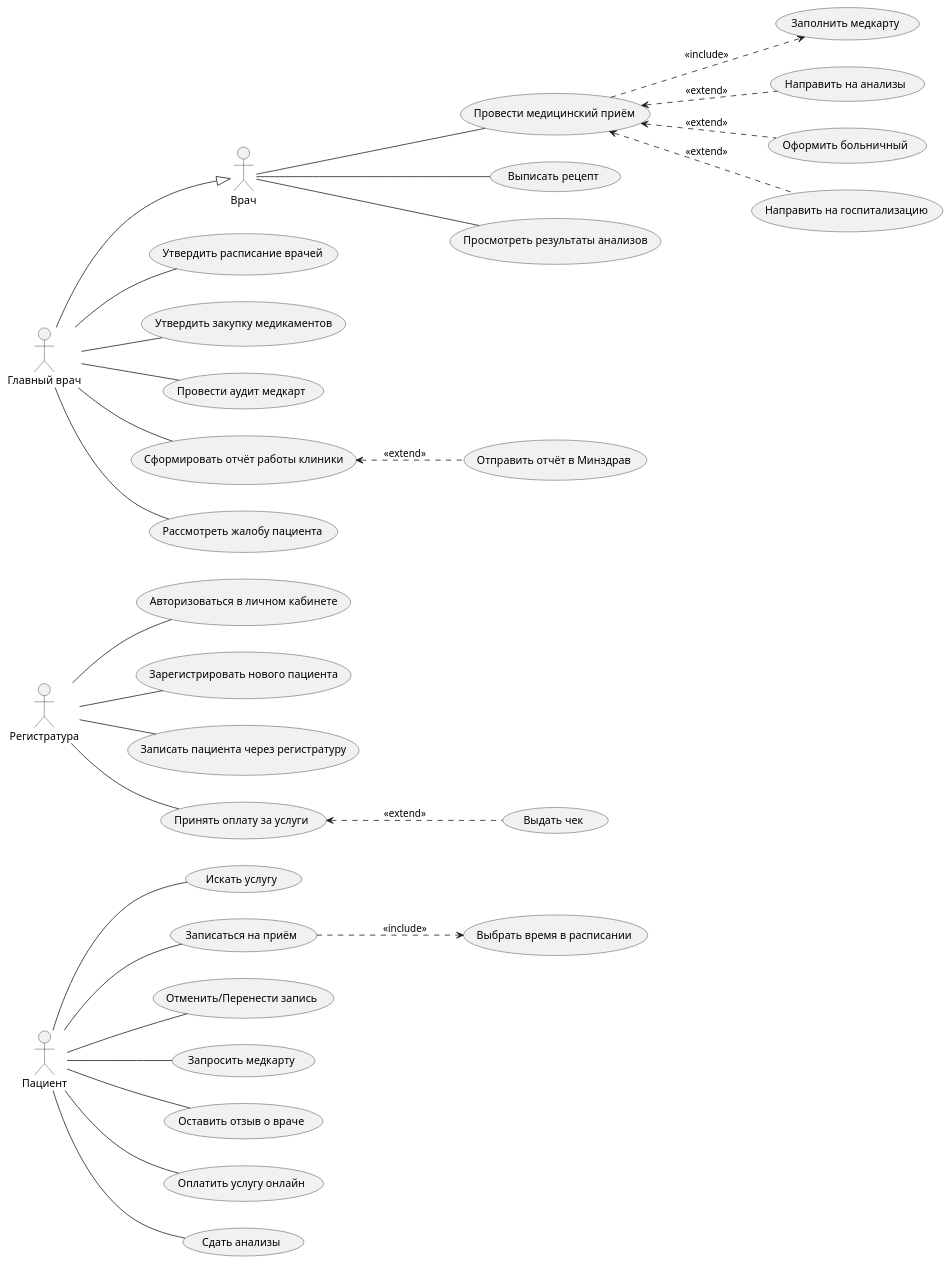
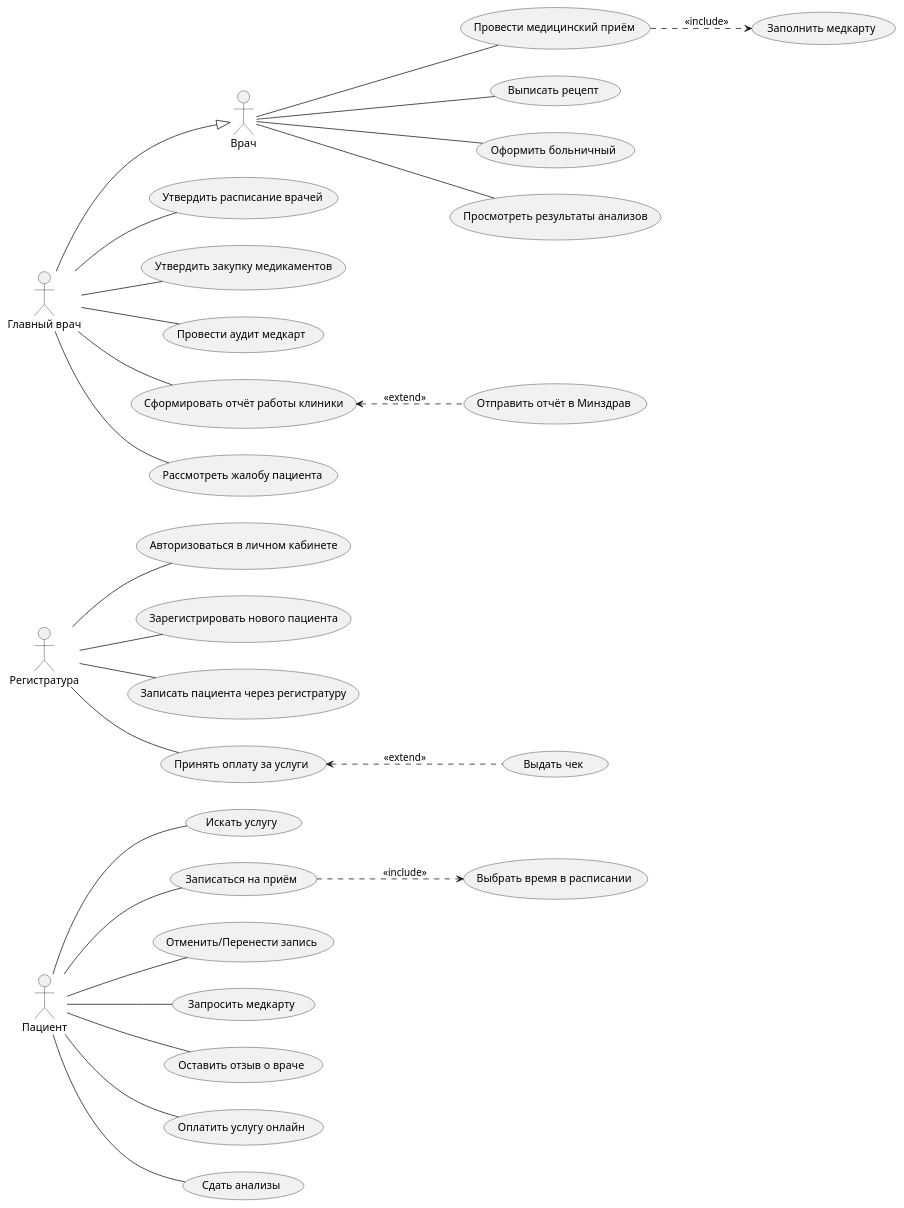
One commit to dan4a06/university_tasks changed the diagram in Информационные системы и технологии/hospital.puml. Above: the diagram before and after it, drawn with PlantUML. The commit also changed 5 other files, not shown here.

```diff
--- a/Информационные системы и технологии/hospital.puml
+++ b/Информационные системы и технологии/hospital.puml
@@ -1,88 +1,84 @@
 @startuml
 
 left to right direction
 
 ' --- АКТЁРЫ ---
 actor "Пациент" as Patient
 actor "Регистратура" as Registrar
 actor "Врач" as Doctor
 actor "Главный врач" as HeadDoctor
 
 ' Обобщение (Наследование)
 HeadDoctor --|> Doctor
 
 ' --- ВАРИАНТЫ ИСПОЛЬЗОВАНИЯ ---
 
 ' Пациентские
 usecase "Авторизоваться в личном кабинете" as UC_Auth
 usecase "Искать услугу" as UC_Search
 usecase "Записаться на приём" as UC_BookOnline
 usecase "Выбрать время в расписании" as UC_SelectTime
 usecase "Отменить/Перенести запись" as UC_Cancel
 usecase "Запросить медкарту" as UC_ViewCard
 usecase "Оставить отзыв о враче" as UC_Review
 usecase "Оплатить услугу онлайн" as UC_PayOnline
 usecase "Сдать анализы" as UC_Analiz
 
 ' Регистратура и Касса
 usecase "Зарегистрировать нового пациента" as UC_RegPatient
 usecase "Записать пациента через регистратуру" as UC_BookDesk
 usecase "Принять оплату за услуги" as UC_Payment
 usecase "Выдать чек" as UC_TaxDoc
 
 ' Лечебный процесс (Врач)
 usecase "Провести медицинский приём" as UC_Consult
 usecase "Заполнить медкарту" as UC_FillCard
 usecase "Выписать рецепт" as UC_Prescription
-usecase "Направить на анализы" as UC_Referral
 usecase "Оформить больничный" as UC_SickLeave
-usecase "Направить на госпитализацию" as UC_Hospitalize
 usecase "Просмотреть результаты анализов" as UC_ViewLabResults
 
 ' Управление и контроль (Главный врач)
 usecase "Утвердить расписание врачей" as UC_Schedule
 usecase "Утвердить закупку медикаментов" as UC_Procurement
 usecase "Провести аудит медкарт" as UC_Audit
 usecase "Сформировать отчёт работы клиники" as UC_Report
 usecase "Отправить отчёт в Минздрав" as UC_ExportReport
 usecase "Рассмотреть жалобу пациента" as UC_ReviewComplaint
 
 ' --- СВЯЗИ ПАЦИЕНТА ---
 Patient -- UC_Search
 Patient -- UC_Cancel
 Patient -- UC_ViewCard
 Patient -- UC_BookOnline
 Patient -- UC_Review
 Patient -- UC_PayOnline
 Patient -- UC_Analiz
 
 ' --- СВЯЗИ РЕГИСТРАТУРЫ ---
 Registrar -- UC_BookDesk
 Registrar -- UC_Auth
 Registrar -- UC_RegPatient
 Registrar -- UC_Payment
 
 ' --- СВЯЗИ ВРАЧА ---
 Doctor -- UC_Consult
 Doctor -- UC_Prescription
 Doctor -- UC_ViewLabResults
+Doctor -- UC_SickLeave
 
 ' --- СВЯЗИ ГЛАВНОГО ВРАЧА ---
 HeadDoctor -- UC_Schedule
 HeadDoctor -- UC_Procurement
 HeadDoctor -- UC_Audit
 HeadDoctor -- UC_Report
 HeadDoctor -- UC_ReviewComplaint
 
 ' --- СВЯЗИ INCLUDE ---
 UC_BookOnline ..> UC_SelectTime : <<include>>
 UC_Consult ..> UC_FillCard : <<include>>
 
 ' --- СВЯЗИ EXTEND ---
 UC_Payment <.. UC_TaxDoc : <<extend>>
-UC_Consult <.. UC_Referral : <<extend>>
-UC_Consult <.. UC_SickLeave : <<extend>>
-UC_Consult <.. UC_Hospitalize : <<extend>>
 UC_Report <.. UC_ExportReport : <<extend>>
 
 @enduml
```
